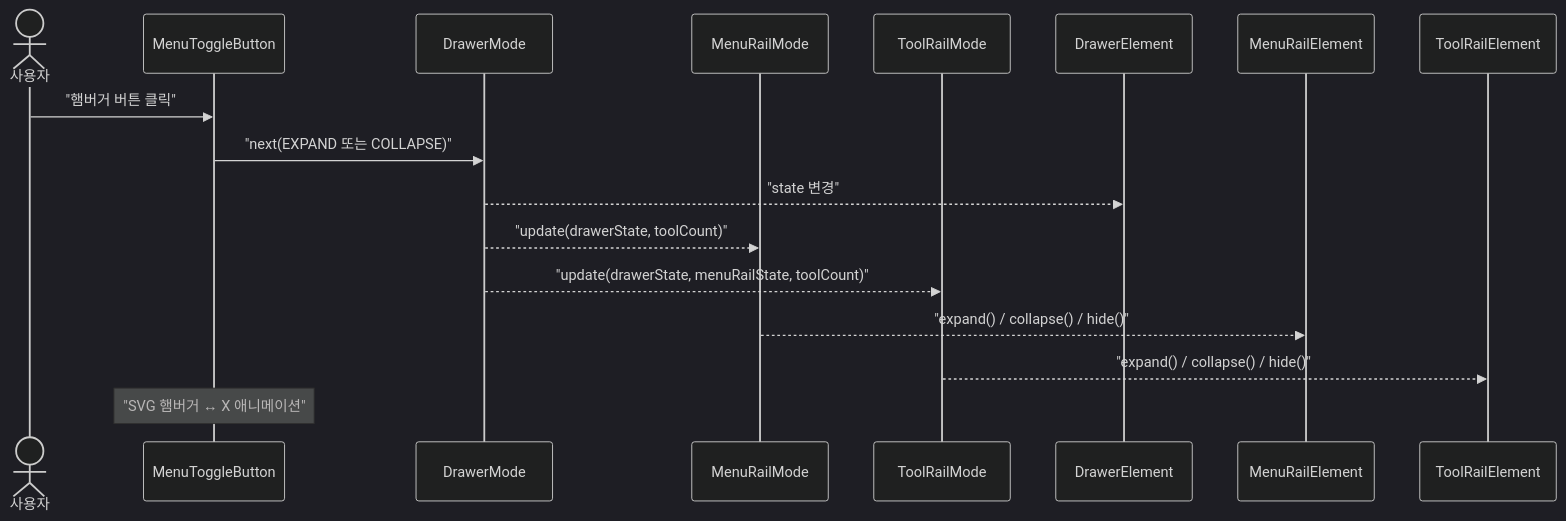
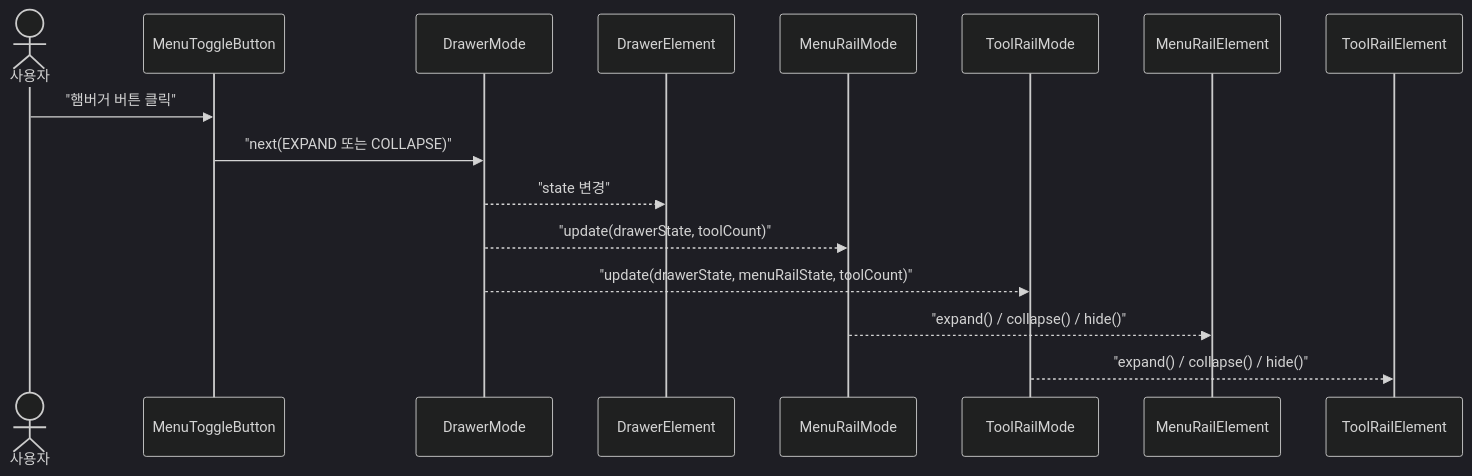
Before and after one commit to sayaya1090/handbook: the third of 6 diagrams in shell-ui/USECASE.md, drawn with Mermaid (dark theme). The commit also changed other lines of this file and 10 other files, not shown here.

````diff
--- a/shell-ui/USECASE.md
+++ b/shell-ui/USECASE.md
@@ -80,20 +59,19 @@
 ```mermaid
 sequenceDiagram
     actor User as 사용자
     participant Btn as MenuToggleButton
     participant DM as DrawerMode
+    participant DE as DrawerElement
     participant MRM as MenuRailMode
     participant TRM as ToolRailMode
-    participant DE as DrawerElement
     participant MRE as MenuRailElement
     participant TRE as ToolRailElement
 
     User->>Btn: "햄버거 버튼 클릭"
     Btn->>DM: "next(EXPAND 또는 COLLAPSE)"
     DM-->>DE: "state 변경"
     DM-->>MRM: "update(drawerState, toolCount)"
     DM-->>TRM: "update(drawerState, menuRailState, toolCount)"
     MRM-->>MRE: "expand() / collapse() / hide()"
     TRM-->>TRE: "expand() / collapse() / hide()"
-    Note over Btn: "SVG 햄버거 ↔ X 애니메이션"
 ```
````
